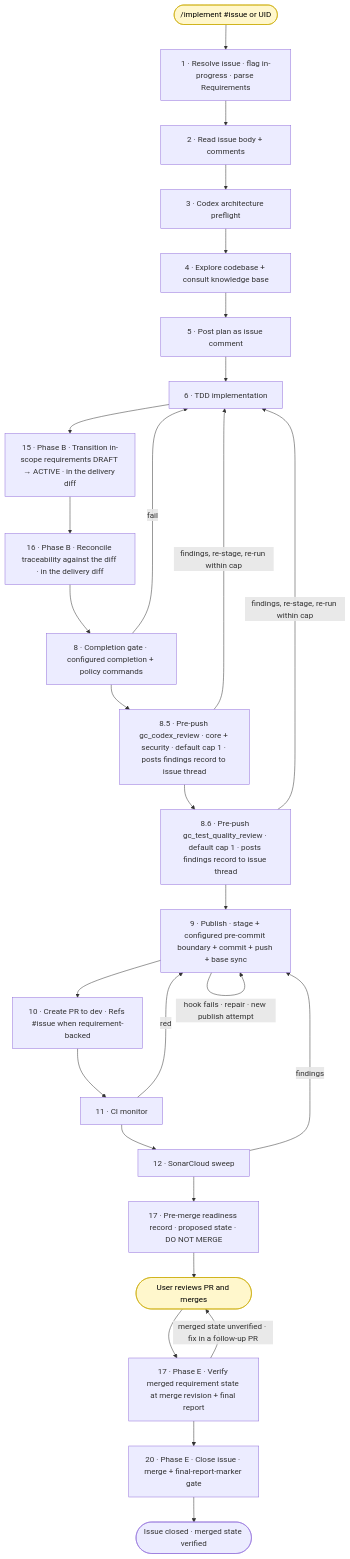
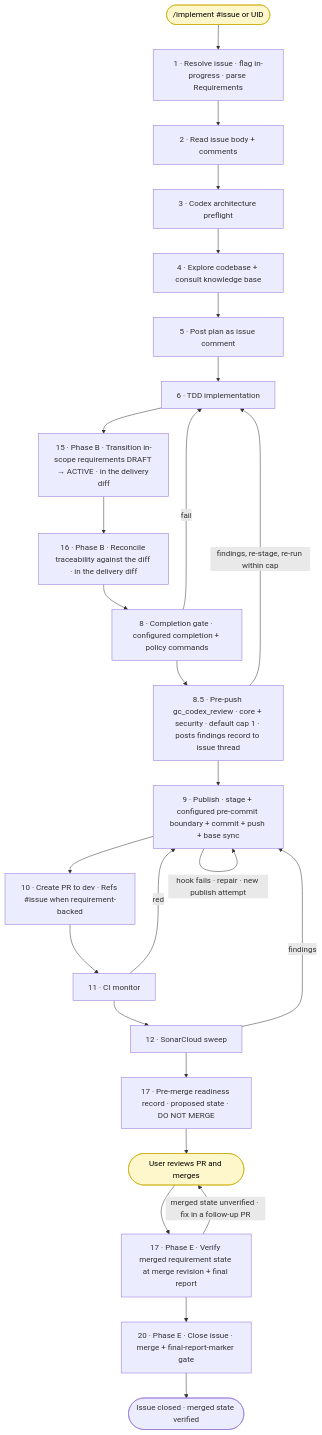
The diagram in docs/DEVELOPMENT_WORKFLOW.md (autarchy-ai/Ground-Control), drawn with Mermaid before and after one commit. The commit also changed other lines of this file and 101 other files, not shown here.

Commit message:
refactor: bound codex review and retire test-quality loop

````diff
--- a/docs/DEVELOPMENT_WORKFLOW.md
+++ b/docs/DEVELOPMENT_WORKFLOW.md
@@ -162,56 +161,53 @@
 ```mermaid
 flowchart TB
   Start([/implement #issue or UID])
   S1[1 · Resolve issue · flag in-progress · parse Requirements]
   S2[2 · Read issue body + comments]
   S3[3 · Codex architecture preflight]
   S4[4 · Explore codebase + consult knowledge base]
   S5[5 · Post plan as issue comment]
   S6[6 · TDD implementation]
   S15[15 · Phase B · Transition in-scope requirements DRAFT → ACTIVE · in the delivery diff]
   S16[16 · Phase B · Reconcile traceability against the diff · in the delivery diff]
   S8[8 · Completion gate · configured completion + policy commands]
   S8b[8.5 · Pre-push gc_codex_review · core + security · default cap 1 · posts findings record to issue thread]
-  S8c[8.6 · Pre-push gc_test_quality_review · default cap 1 · posts findings record to issue thread]
   S9[9 · Publish · stage + configured pre-commit boundary + commit + push + base sync]
   S10[10 · Create PR to dev · Refs #issue when requirement-backed]
   S11[11 · CI monitor]
   S12[12 · SonarCloud sweep]
   S17r[17 · Pre-merge readiness record · proposed state · DO NOT MERGE]
   End([User reviews PR and merges])
   S17d[17 · Phase E · Verify merged requirement state at merge revision + final report]
   S20[20 · Phase E · Close issue · merge + final-report-marker gate]
   Done([Issue closed · merged state verified])
 
   Start --> S1
   S1 --> S2
   S2 --> S3
   S3 --> S4
   S4 --> S5
   S5 --> S6
   S6 --> S15
   S15 --> S16
   S16 --> S8
   S8 --> S8b
-  S8b --> S8c
-  S8c --> S9
+  S8b --> S9
   S9 --> S10
   S10 --> S11
   S11 --> S12
   S12 --> S17r
   S17r --> End
   End --> S17d
   S17d --> S20
   S20 --> Done
 
   S8 -->|fail| S6
   S9 -->|hook fails · repair · new publish attempt| S9
   S8b -->|findings, re-stage, re-run within cap| S6
-  S8c -->|findings, re-stage, re-run within cap| S6
   S11 -->|red| S9
   S12 -->|findings| S9
   S17d -->|merged state unverified · fix in a follow-up PR| End
 
   classDef user fill:#fff7cc,stroke:#c9a900,color:#000
   class Start,End user
 ```
````
